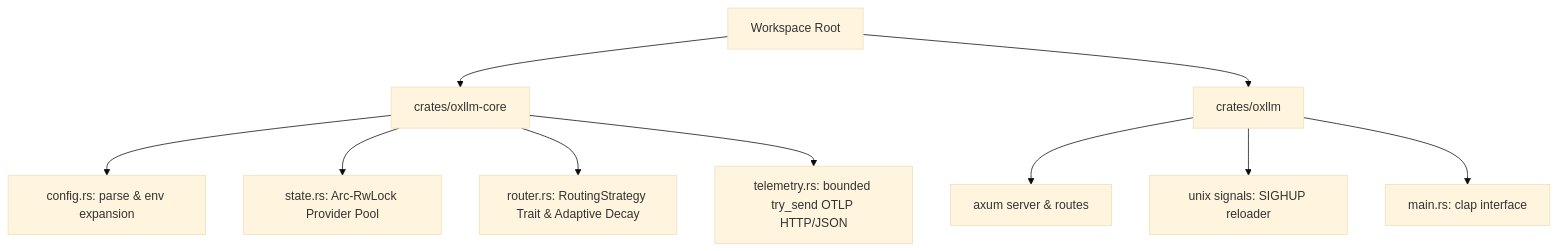
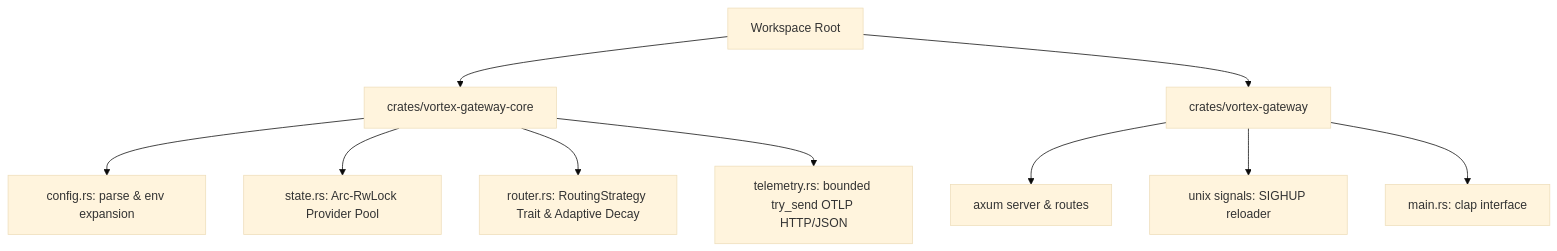
The diagram in implementation_plan.md (Saie12/vortex-gateway), drawn with Mermaid (base theme) before and after one commit. The commit also changed other lines of this file and 26 other files, not shown here.

First line of the commit message:
Rename from oxllm to vortex-gateway

````diff
--- a/implementation_plan.md
+++ b/implementation_plan.md
@@ -56,12 +56,12 @@
 ```mermaid
 graph TD
-    Workspace[Workspace Root] --> CoreCrate[crates/oxllm-core]
-    Workspace --> CliCrate[crates/oxllm]
+    Workspace[Workspace Root] --> CoreCrate[crates/vortex-gateway-core]
+    Workspace --> CliCrate[crates/vortex-gateway]
     CoreCrate --> Config[config.rs: parse & env expansion]
     CoreCrate --> State[state.rs: Arc-RwLock Provider Pool]
     CoreCrate --> Router[router.rs: RoutingStrategy Trait & Adaptive Decay]
     CoreCrate --> Telemetry[telemetry.rs: bounded try_send OTLP HTTP/JSON]
     CliCrate --> Axum[axum server & routes]
     CliCrate --> Signals[unix signals: SIGHUP reloader]
     CliCrate --> CLI[main.rs: clap interface]
 ```
````
